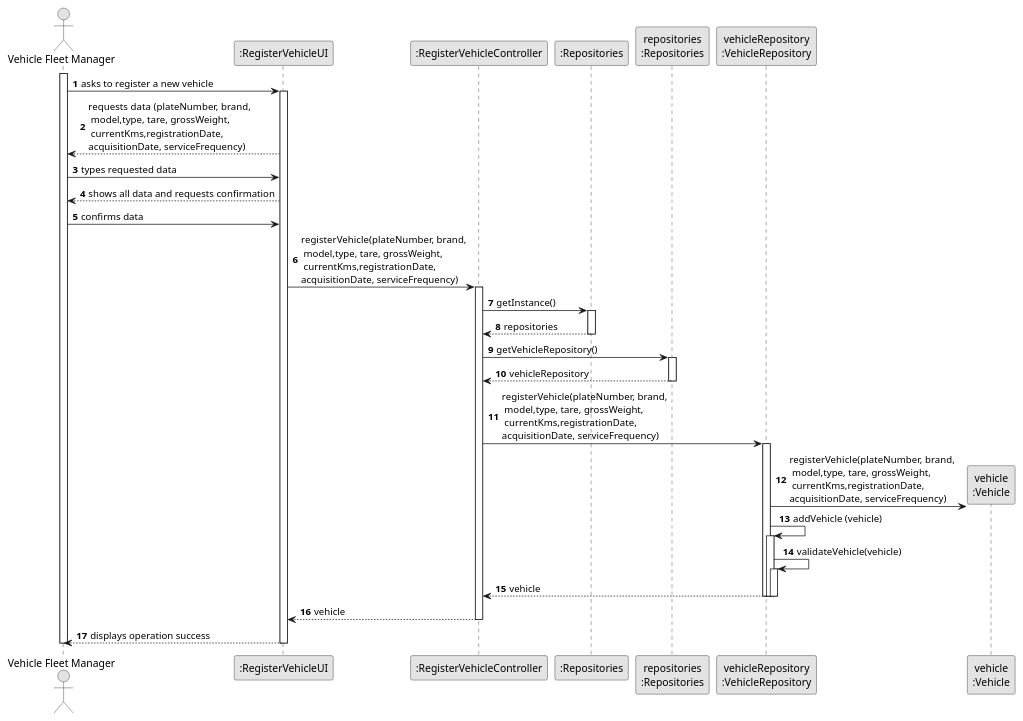
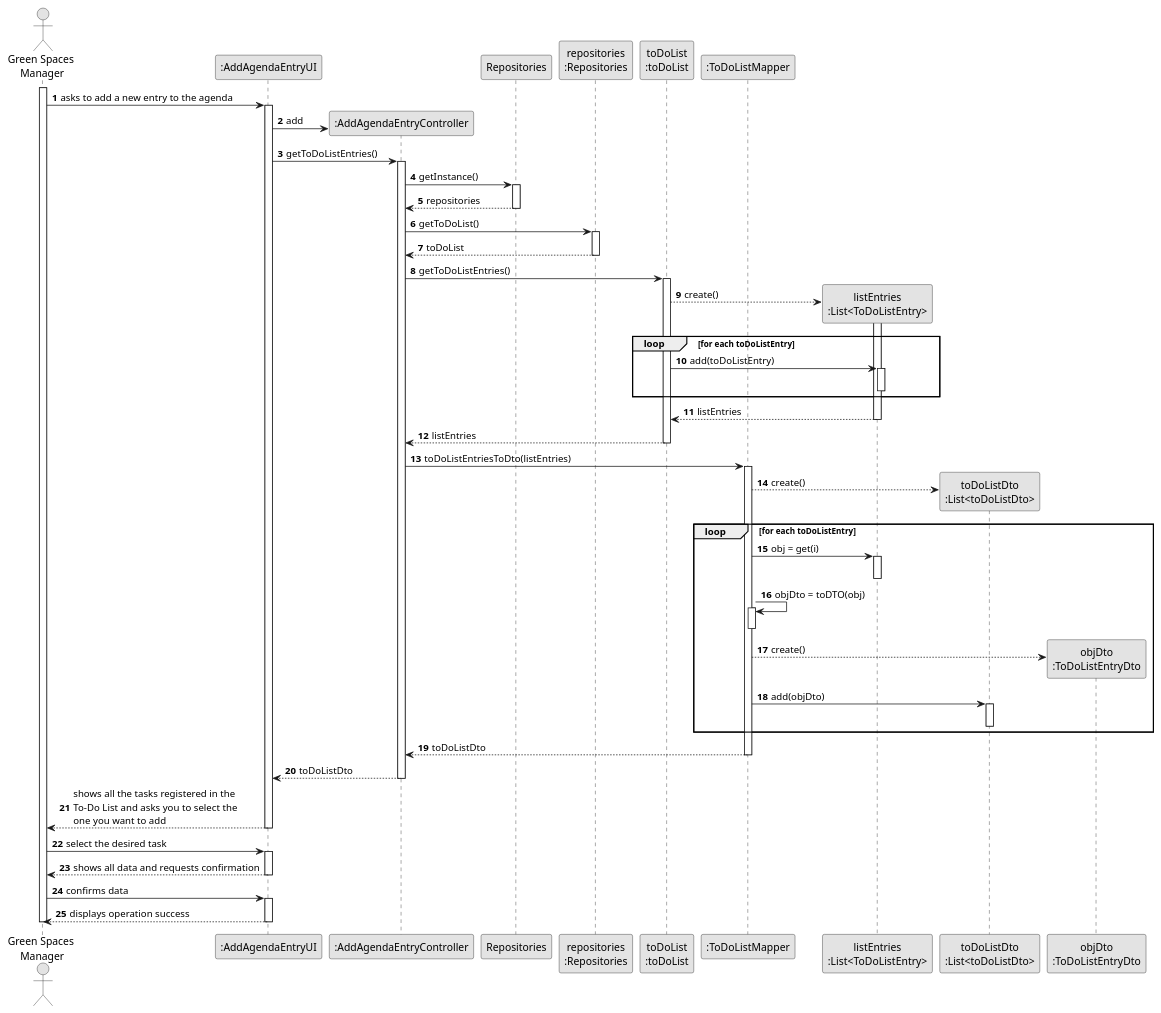
Before and after one commit to diogoveirospro/lei-24-s2-1dg-g072: the diagram in docs/sprintC/us022/03.design/puml/us022-sequence-diagram-full.puml, drawn with PlantUML. The commit also changed 1 other file, not shown here.

```diff
--- a/docs/sprintC/us022/03.design/puml/us022-sequence-diagram-full.puml
+++ b/docs/sprintC/us022/03.design/puml/us022-sequence-diagram-full.puml
@@ -1,70 +1,106 @@
 @startuml
 skinparam monochrome true
 skinparam packageStyle rectangle
 skinparam shadowing false
 
 autonumber
 
 'hide footbox
-actor "Vehicle Fleet Manager" as ADM
-participant ":RegisterVehicleUI" as UI
-participant ":RegisterVehicleController" as CTRL
-participant ":Repositories" as RepositorySingleton
-participant "repositories\n:Repositories" as PLAT
-participant "vehicleRepository\n:VehicleRepository" as vehicleRepository
-participant "vehicle\n:Vehicle" as VEHICLE
+actor "Green Spaces\n Manager" as GSM
+participant ":AddAgendaEntryUI" as UI
+participant ":AddAgendaEntryController" as CTRL
+participant Repositories
+participant "repositories\n:Repositories" as REP
+participant "toDoList\n:toDoList" as TODOLIST
+participant ":ToDoListMapper" as TODOLISTMAPPER
+participant "listEntries\n:List<ToDoListEntry>" as LISTENTRIES
+participant "toDoListDto\n:List<toDoListDto>" as TODOLISTDTO
+participant "objDto\n:ToDoListEntryDto" as TODOLISTENTRYDTO
 
-activate ADM
+activate GSM
 
-        ADM -> UI : asks to register a new vehicle
+    GSM -> UI : asks to add a new entry to the agenda
+    activate UI
 
-        activate UI
+        UI -> CTRL** : add
 
-            UI --> ADM : requests data (plateNumber, brand,\n model,type, tare, grossWeight,\n currentKms,registrationDate,\nacquisitionDate, serviceFrequency)
+        UI -> CTRL : getToDoListEntries()
+        activate CTRL
 
-            ADM -> UI : types requested data
+           CTRL -> Repositories: getInstance()
+           activate Repositories
 
-            UI --> ADM : shows all data and requests confirmation
+                Repositories --> CTRL: repositories
+           deactivate Repositories
 
-            ADM -> UI : confirms data
+           CTRL -> REP: getToDoList()
+           activate REP
 
-            UI -> CTRL : registerVehicle(plateNumber, brand,\n model,type, tare, grossWeight,\n currentKms,registrationDate,\nacquisitionDate, serviceFrequency)
-            activate CTRL
+                REP --> CTRL: toDoList
+           deactivate REP
 
-                CTRL -> RepositorySingleton : getInstance()
-                activate RepositorySingleton
+            CTRL -> TODOLIST : getToDoListEntries()
+            activate TODOLIST
 
-                    RepositorySingleton --> CTRL: repositories
-                deactivate RepositorySingleton
+                    TODOLIST --> LISTENTRIES** : create()
+                    activate LISTENTRIES
 
-                CTRL -> PLAT : getVehicleRepository()
-                activate PLAT
+                        loop for each toDoListEntry
+                            TODOLIST -> LISTENTRIES : add(toDoListEntry)
+                            activate LISTENTRIES
+                            deactivate LISTENTRIES
+                        end
 
-                    PLAT --> CTRL: vehicleRepository
-                deactivate PLAT
+                        LISTENTRIES --> TODOLIST : listEntries
+                    deactivate LISTENTRIES
 
-                CTRL -> vehicleRepository : registerVehicle(plateNumber, brand,\n model,type, tare, grossWeight,\n currentKms,registrationDate,\nacquisitionDate, serviceFrequency)
-                activate vehicleRepository
 
-                vehicleRepository -> VEHICLE**: registerVehicle(plateNumber, brand,\n model,type, tare, grossWeight,\n currentKms,registrationDate,\nacquisitionDate, serviceFrequency)
-                vehicleRepository -> vehicleRepository: addVehicle (vehicle)
+                TODOLIST --> CTRL : listEntries
+            deactivate TODOLIST
 
-                 activate vehicleRepository
-                     vehicleRepository -> vehicleRepository: validateVehicle(vehicle)
-                     activate vehicleRepository
-                                vehicleRepository --> CTRL : vehicle
-                     deactivate vehicleRepository
+            CTRL -> TODOLISTMAPPER : toDoListEntriesToDto(listEntries)
+            activate TODOLISTMAPPER
 
-                 deactivate vehicleRepository
-                 deactivate vehicleRepository
+                TODOLISTMAPPER --> TODOLISTDTO** : create()
 
-                            deactivate vehicleRepository
+                loop for each toDoListEntry
+                    TODOLISTMAPPER -> LISTENTRIES : obj = get(i)
+                    activate LISTENTRIES
+                    deactivate LISTENTRIES
 
-            CTRL --> UI: vehicle
-            deactivate CTRL
-            UI --> ADM: displays operation success
+                    TODOLISTMAPPER -> TODOLISTMAPPER : objDto = toDTO(obj)
+                    activate TODOLISTMAPPER
+                    deactivate TODOLISTMAPPER
+
+                    TODOLISTMAPPER --> TODOLISTENTRYDTO** : create()
+
+                    TODOLISTMAPPER -> TODOLISTDTO : add(objDto)
+                    activate TODOLISTDTO
+                    deactivate TODOLISTDTO
+
+                end
+
+                TODOLISTMAPPER --> CTRL : toDoListDto
+            deactivate TODOLISTMAPPER
+
+            CTRL --> UI : toDoListDto
+        deactivate CTRL
+
+        UI --> GSM: shows all the tasks registered in the \nTo-Do List and asks you to select the \none you want to add
     deactivate UI
 
-deactivate ADM
+    GSM -> UI: select the desired task
+    activate UI
+
+        UI --> GSM: shows all data and requests confirmation
+    deactivate UI
+
+    GSM -> UI: confirms data
+    activate UI
+
+        UI --> GSM: displays operation success
+    deactivate UI
+
+deactivate GSM
 
 @enduml
```
